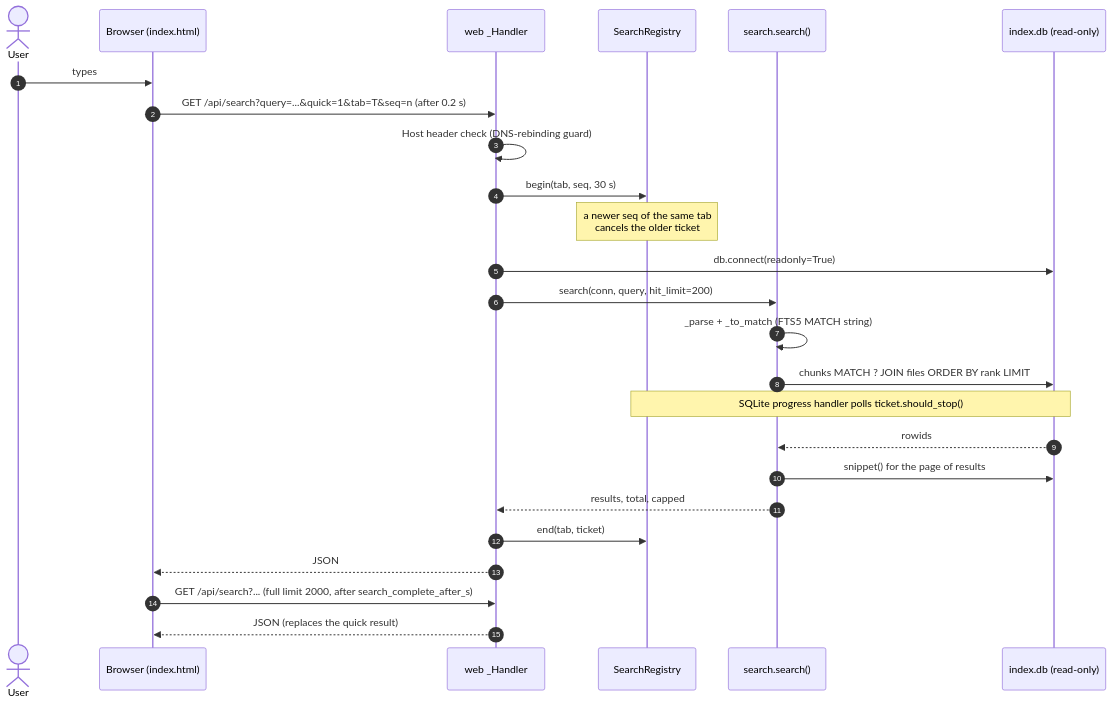
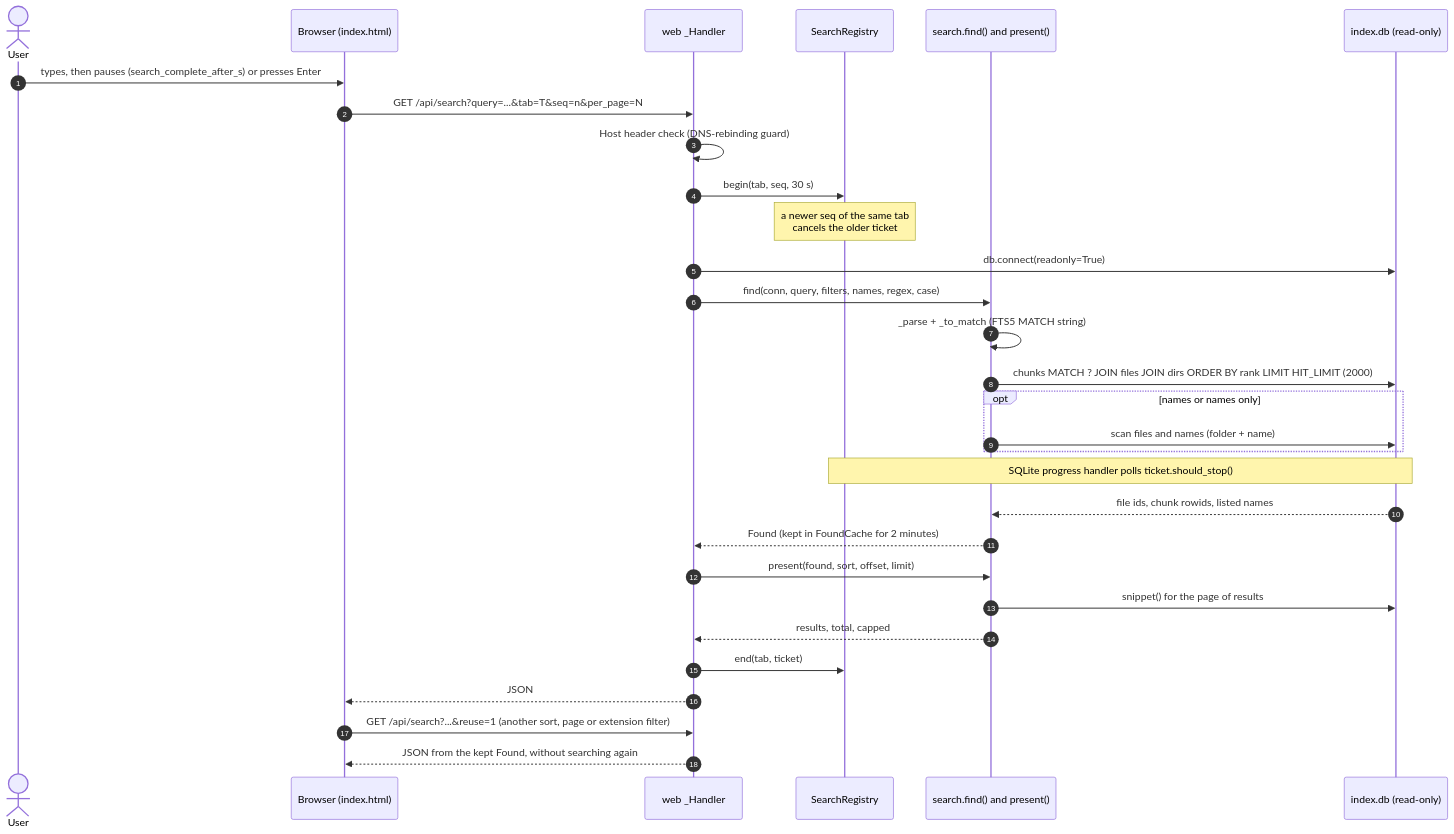
Before and after one commit to igrowing/sindex: the eighth of 16 diagrams in architecture.md, drawn with Mermaid. The commit also changed other lines of this file, not shown here.

````diff
--- a/architecture.md
+++ b/architecture.md
@@ -582,28 +612,33 @@
 ```mermaid
 sequenceDiagram
     autonumber
     actor U as User
     participant B as Browser (index.html)
     participant H as web _Handler
     participant S as SearchRegistry
-    participant Q as search.search()
+    participant Q as search.find() and present()
     participant D as index.db (read-only)
 
-    U->>B: types
-    B->>H: GET /api/search?query=...&quick=1&tab=T&seq=n (after 0.2 s)
+    U->>B: types, then pauses (search_complete_after_s) or presses Enter
+    B->>H: GET /api/search?query=...&tab=T&seq=n&per_page=N
     H->>H: Host header check (DNS-rebinding guard)
     H->>S: begin(tab, seq, 30 s)
     Note over S: a newer seq of the same tab<br/>cancels the older ticket
     H->>D: db.connect(readonly=True)
-    H->>Q: search(conn, query, hit_limit=200)
+    H->>Q: find(conn, query, filters, names, regex, case)
     Q->>Q: _parse + _to_match (FTS5 MATCH string)
-    Q->>D: chunks MATCH ? JOIN files ORDER BY rank LIMIT
+    Q->>D: chunks MATCH ? JOIN files JOIN dirs ORDER BY rank LIMIT HIT_LIMIT (2000)
+    opt names or names only
+        Q->>D: scan files and names (folder + name)
+    end
     Note over D,S: SQLite progress handler polls ticket.should_stop()
-    D-->>Q: rowids
+    D-->>Q: file ids, chunk rowids, listed names
+    Q-->>H: Found (kept in FoundCache for 2 minutes)
+    H->>Q: present(found, sort, offset, limit)
     Q->>D: snippet() for the page of results
     Q-->>H: results, total, capped
     H->>S: end(tab, ticket)
     H-->>B: JSON
-    B->>H: GET /api/search?... (full limit 2000, after search_complete_after_s)
-    H-->>B: JSON (replaces the quick result)
+    B->>H: GET /api/search?...&reuse=1 (another sort, page or extension filter)
+    H-->>B: JSON from the kept Found, without searching again
 ```
````
